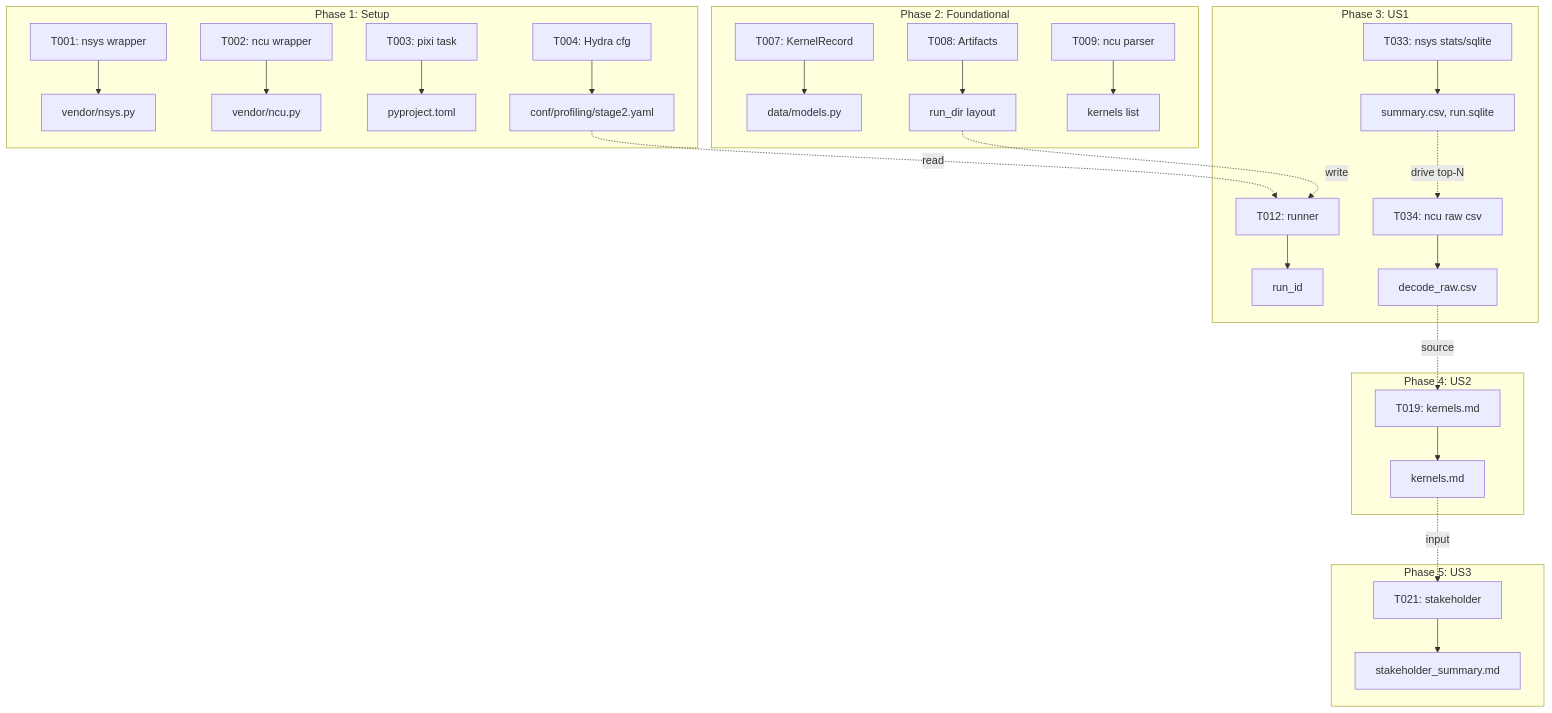
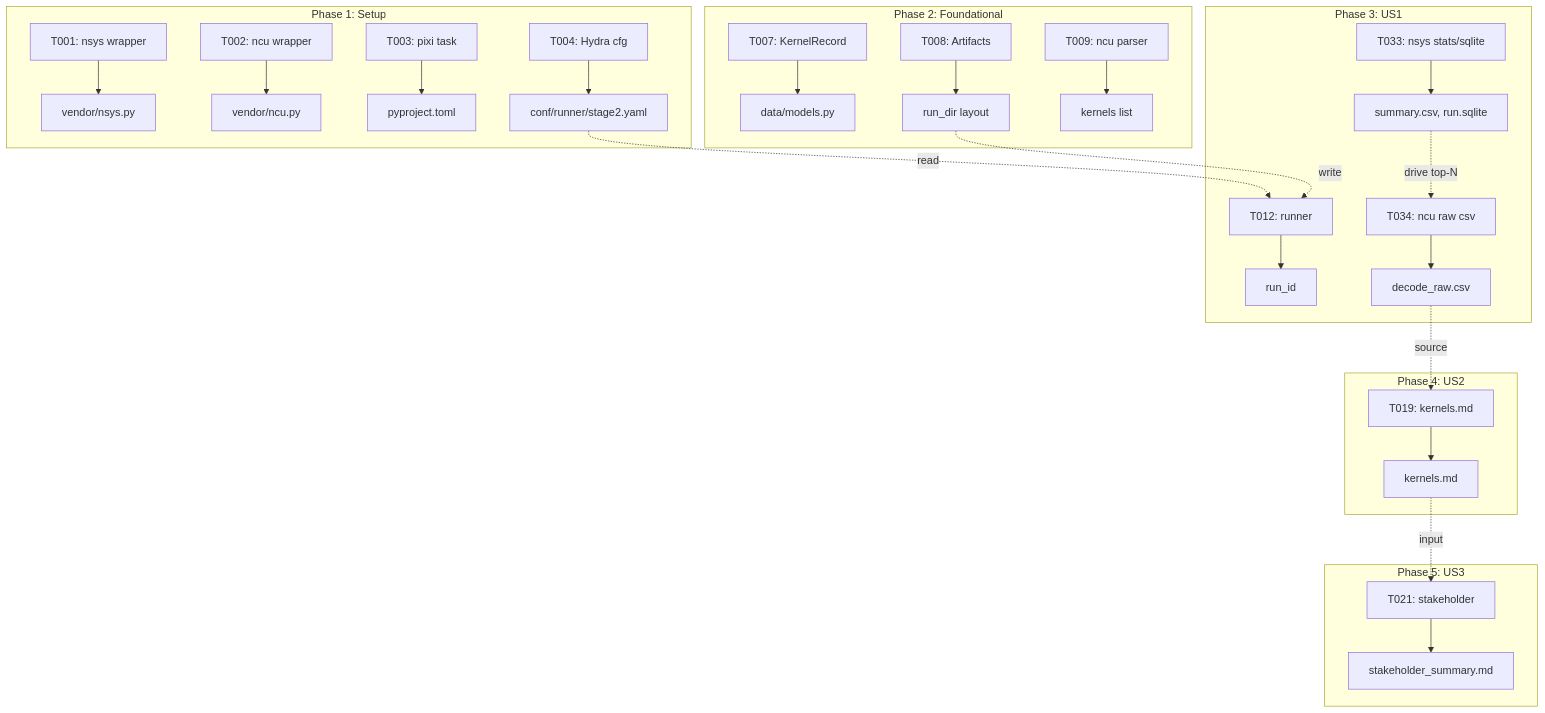
Before and after one commit to CodeGandee/llm-perf-opt: the second of 6 diagrams in context/tasks/002-nvidia-llm-profiling/impl-integrate-phases.md, drawn with Mermaid. The commit also changed other lines of this file, not shown here.

Commit message:
docs(stage2): integration guide uses conf/runner for runner config; reserve conf/profiling for torch/nsys/ncu presets

````diff
--- a/context/tasks/002-nvidia-llm-profiling/impl-integrate-phases.md
+++ b/context/tasks/002-nvidia-llm-profiling/impl-integrate-phases.md
@@ -44,35 +44,35 @@
 ```mermaid
 graph TD
     subgraph P1["Phase 1: Setup"]
         P1T1[T001: nsys wrapper] --> P1A1[vendor/nsys.py]
         P1T2[T002: ncu wrapper] --> P1A2[vendor/ncu.py]
         P1T3[T003: pixi task] --> P1A3[pyproject.toml]
-        P1T4[T004: Hydra cfg] --> P1A4[conf/profiling/stage2.yaml]
+        P1T4[T004: Hydra cfg] --> P1A4[conf/runner/stage2.yaml]
     end
 
     subgraph P2["Phase 2: Foundational"]
         P2T1[T007: KernelRecord] --> P2A1[data/models.py]
         P2T2[T008: Artifacts] --> P2A2[run_dir layout]
         P2T3[T009: ncu parser] --> P2A3[kernels list]
     end
 
     subgraph P3["Phase 3: US1"]
         P3T1[T012: runner] --> P3A1[run_id]
         P3T2[T033: nsys stats/sqlite] --> P3A2[summary.csv, run.sqlite]
         P3T3[T034: ncu raw csv] --> P3A3[decode_raw.csv]
     end
 
     subgraph P4["Phase 4: US2"]
         P4T1[T019: kernels.md] --> P4A1[kernels.md]
     end
 
     subgraph P5["Phase 5: US3"]
         P5T1[T021: stakeholder] --> P5A1[stakeholder_summary.md]
     end
 
     P1A4 -.->|read| P3T1
     P2A2 -.->|write| P3T1
     P3A2 -.->|drive top‑N| P3T3
     P3A3 -.->|source| P4T1
     P4A1 -.->|input| P5T1
 ```
````
